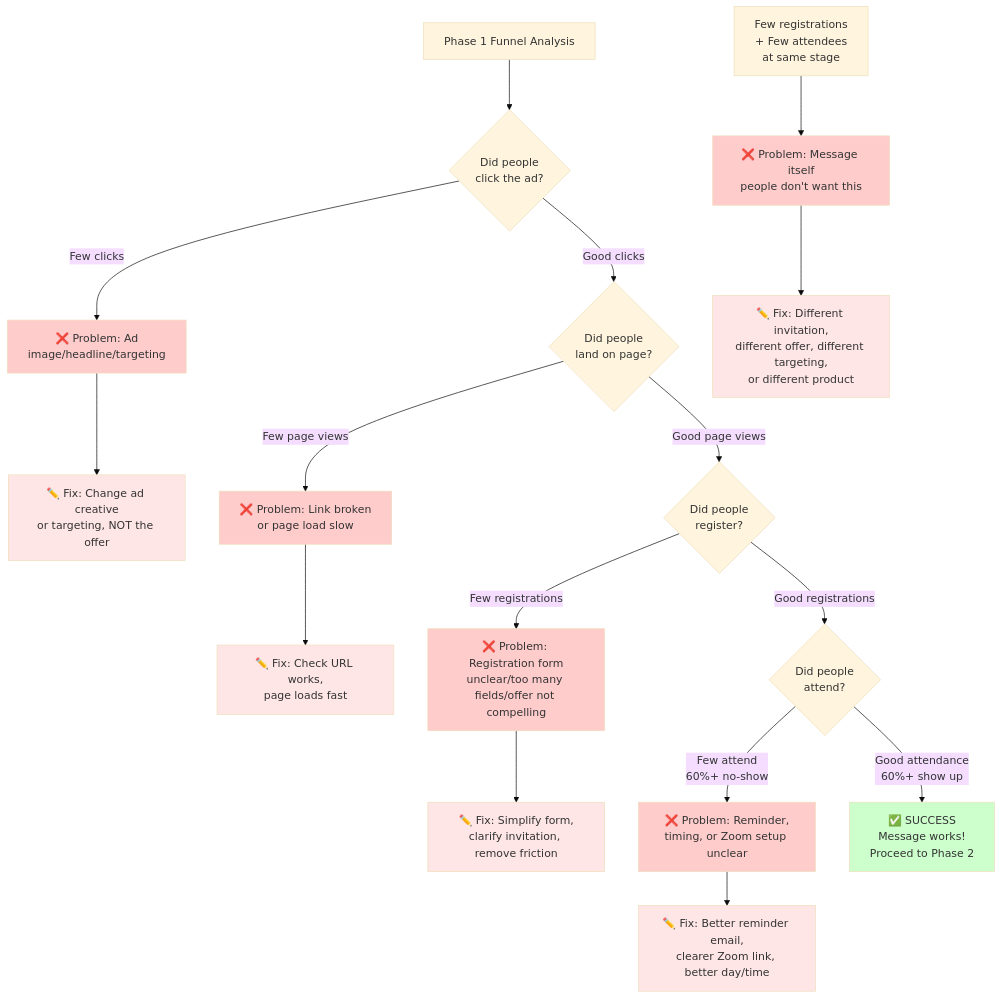
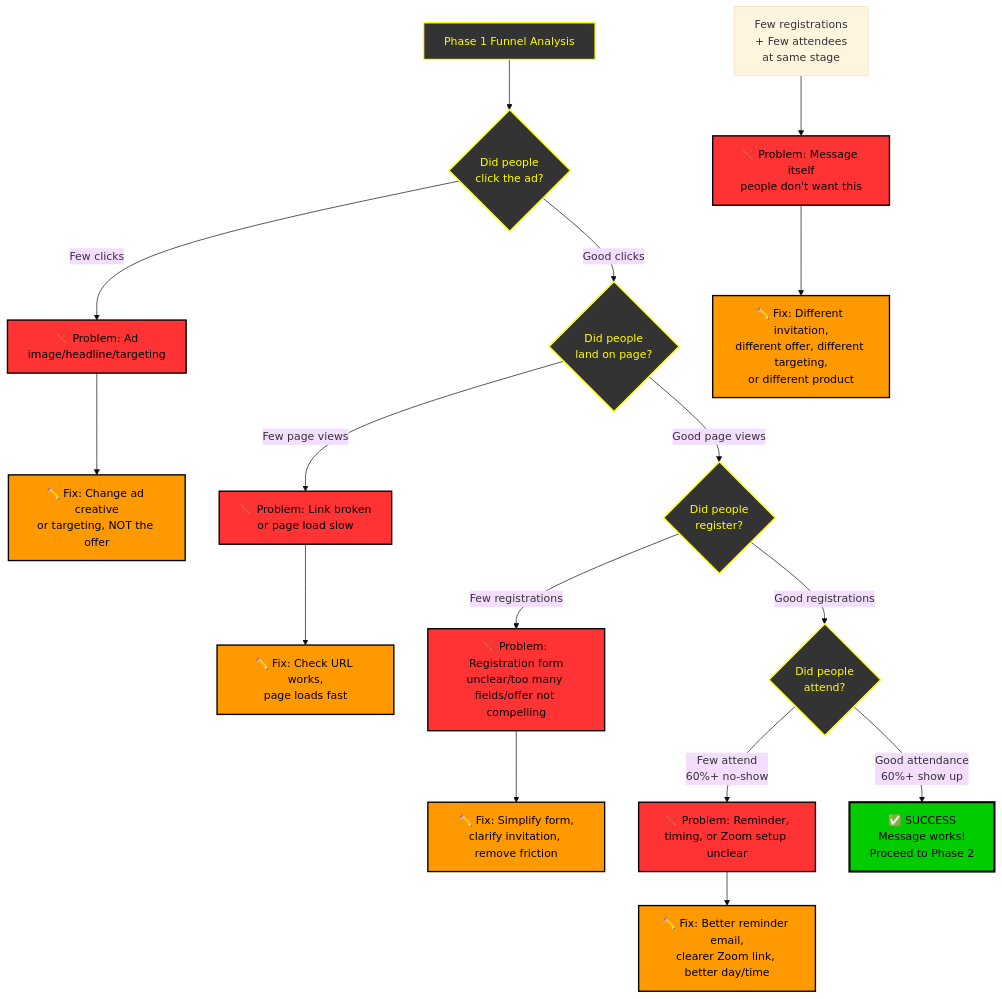
Before and after one commit to MichaelRWolf/wendy-ai: the diagram in technical_marketing/phase_1_diagnostic_flowchart.md, drawn with Mermaid (base theme). The commit also changed other lines of this file, not shown here.

Commit message:
Fix flowchart colors for dark mode readability
Changed to high-contrast colors that work in both light and dark modes:
- Decision nodes: Yellow text on dark background
- Problems: Bright red with black text
- Fixes: Orange with black text
- Success: Bright green with black text

All colors have sufficient contrast for readability regardless of theme.

````diff
--- a/technical_marketing/phase_1_diagnostic_flowchart.md
+++ b/technical_marketing/phase_1_diagnostic_flowchart.md
@@ -5,39 +5,47 @@
 ```mermaid
 graph TD
     A["Phase 1 Funnel Analysis"] --> B{"Did people<br/>click the ad?"}
     
     B -->|Few clicks| C["❌ Problem: Ad<br/>image/headline/targeting"]
     C --> C1["✏️ Fix: Change ad creative<br/>or targeting, NOT the offer"]
     
     B -->|Good clicks| D{"Did people<br/>land on page?"}
     
     D -->|Few page views| E["❌ Problem: Link broken<br/>or page load slow"]
     E --> E1["✏️ Fix: Check URL works,<br/>page loads fast"]
     
     D -->|Good page views| F{"Did people<br/>register?"}
     
     F -->|Few registrations| G["❌ Problem: Registration form<br/>unclear/too many fields/offer not compelling"]
     G --> G1["✏️ Fix: Simplify form,<br/>clarify invitation, remove friction"]
     
     F -->|Good registrations| H{"Did people<br/>attend?"}
     
     H -->|Few attend<br/>60%+ no-show| I["❌ Problem: Reminder,<br/>timing, or Zoom setup unclear"]
     I --> I1["✏️ Fix: Better reminder email,<br/>clearer Zoom link, better day/time"]
     
     H -->|Good attendance<br/>60%+ show up| J["✅ SUCCESS<br/>Message works!<br/>Proceed to Phase 2"]
     
     K["Few registrations<br/>+ Few attendees<br/>at same stage"] --> L["❌ Problem: Message itself<br/>people don't want this"]
     L --> L1["✏️ Fix: Different invitation,<br/>different offer, different targeting,<br/>or different product"]
     
-    style C fill:#ffcccc
-    style E fill:#ffcccc
-    style G fill:#ffcccc
-    style I fill:#ffcccc
-    style L fill:#ffcccc
-    style J fill:#ccffcc
-    style C1 fill:#ffe6e6
-    style E1 fill:#ffe6e6
-    style G1 fill:#ffe6e6
-    style I1 fill:#ffe6e6
-    style L1 fill:#ffe6e6
+    style A fill:#333,stroke:#ffff00,color:#ffff00,stroke-width:2px
+    style B fill:#333,stroke:#ffff00,color:#ffff00,stroke-width:2px
+    style D fill:#333,stroke:#ffff00,color:#ffff00,stroke-width:2px
+    style F fill:#333,stroke:#ffff00,color:#ffff00,stroke-width:2px
+    style H fill:#333,stroke:#ffff00,color:#ffff00,stroke-width:2px
+    
+    style C fill:#ff3333,stroke:#000,color:#000,stroke-width:2px
+    style E fill:#ff3333,stroke:#000,color:#000,stroke-width:2px
+    style G fill:#ff3333,stroke:#000,color:#000,stroke-width:2px
+    style I fill:#ff3333,stroke:#000,color:#000,stroke-width:2px
+    style L fill:#ff3333,stroke:#000,color:#000,stroke-width:2px
+    
+    style C1 fill:#ff9900,stroke:#000,color:#000,stroke-width:2px
+    style E1 fill:#ff9900,stroke:#000,color:#000,stroke-width:2px
+    style G1 fill:#ff9900,stroke:#000,color:#000,stroke-width:2px
+    style I1 fill:#ff9900,stroke:#000,color:#000,stroke-width:2px
+    style L1 fill:#ff9900,stroke:#000,color:#000,stroke-width:2px
+    
+    style J fill:#00cc00,stroke:#000,color:#000,stroke-width:3px
 ```
````
